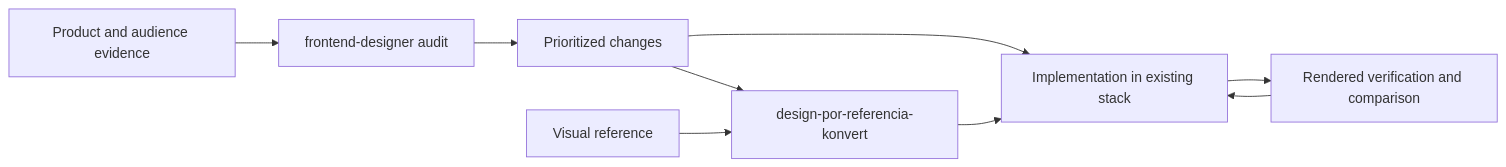
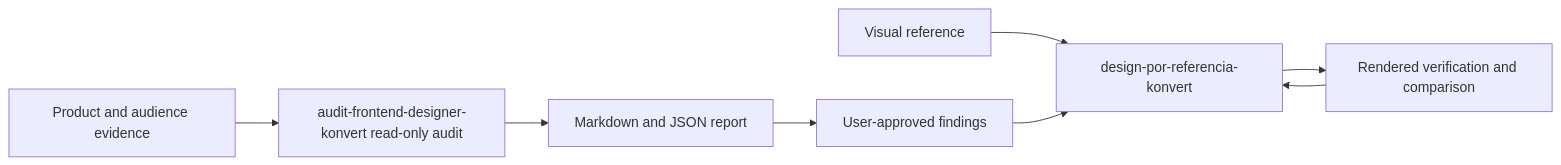
One commit to andreischuaste12-ctrl/frontend-designer-konvert changed the diagram in docs/architecture.md. Above: the diagram before and after it, drawn with Mermaid. The commit also changed other lines of this file and 21 other files, not shown here.

Commit message:
Separate frontend audit and implementation skills

````diff
--- a/docs/architecture.md
+++ b/docs/architecture.md
@@ -5,11 +5,10 @@
 ```mermaid
 flowchart LR
-  A[Product and audience evidence] --> B[frontend-designer audit]
-  B --> C[Prioritized changes]
-  C --> D[Implementation in existing stack]
+  A[Product and audience evidence] --> B[audit-frontend-designer-konvert read-only audit]
+  B --> C[Markdown and JSON report]
+  C --> D[User-approved findings]
   R[Visual reference] --> E[design-por-referencia-konvert]
-  C --> E
-  E --> D
-  D --> F[Rendered verification and comparison]
-  F --> D
+  D --> E
+  E --> F[Rendered verification and comparison]
+  F --> E
 ```
````
